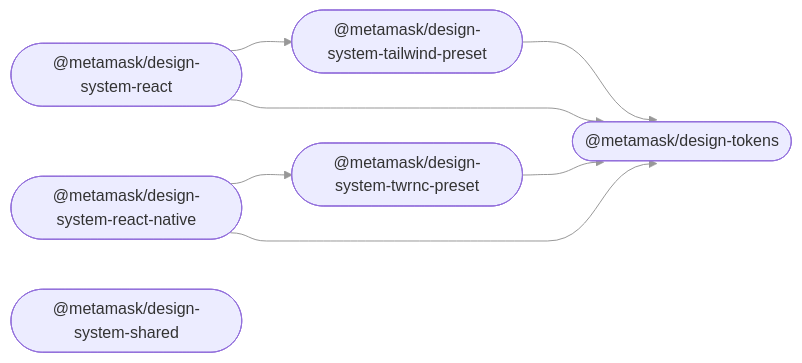
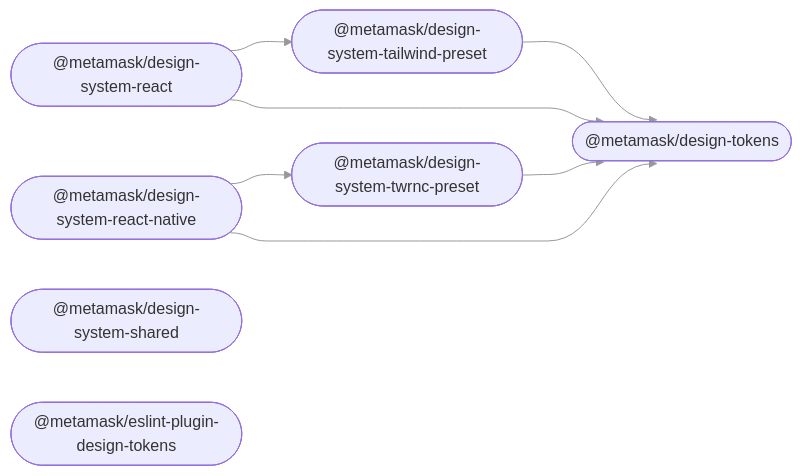
Before and after one commit to MetaMask/metamask-design-system: the diagram in README.md, drawn with Mermaid. The commit also changed other lines of this file, not shown here.

First paragraph of the commit message:
docs: add @metamask/eslint-plugin-design-tokens to README package list (migration Phase D) (#1715)
<!-- CURSOR_AGENT_PR_BODY_BEGIN -->
## **Description**

````diff
--- a/README.md
+++ b/README.md
@@ -24,17 +25,18 @@
 ```mermaid
 %%{ init: { 'flowchart': { 'curve': 'bumpX' } } }%%
 graph LR;
 linkStyle default opacity:0.5
   design_system_react(["@metamask/design-system-react"]);
   design_system_react_native(["@metamask/design-system-react-native"]);
   design_system_shared(["@metamask/design-system-shared"]);
   design_system_tailwind_preset(["@metamask/design-system-tailwind-preset"]);
   design_system_twrnc_preset(["@metamask/design-system-twrnc-preset"]);
   design_tokens(["@metamask/design-tokens"]);
+  eslint_plugin_design_tokens(["@metamask/eslint-plugin-design-tokens"]);
   design_system_react --> design_system_tailwind_preset;
   design_system_react --> design_tokens;
   design_system_react_native --> design_system_twrnc_preset;
   design_system_react_native --> design_tokens;
   design_system_tailwind_preset --> design_tokens;
   design_system_twrnc_preset --> design_tokens;
 ```
````
